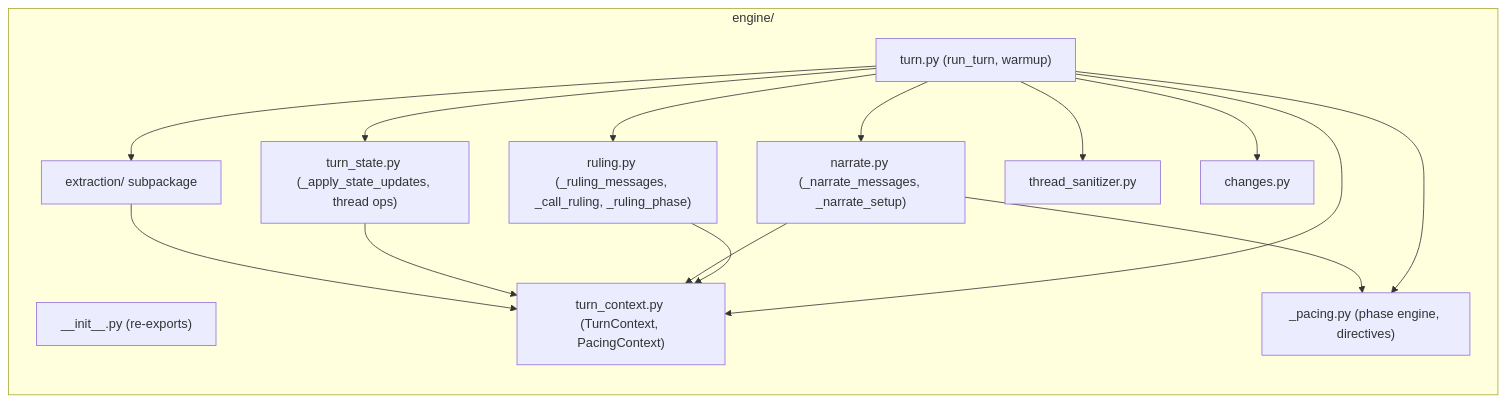
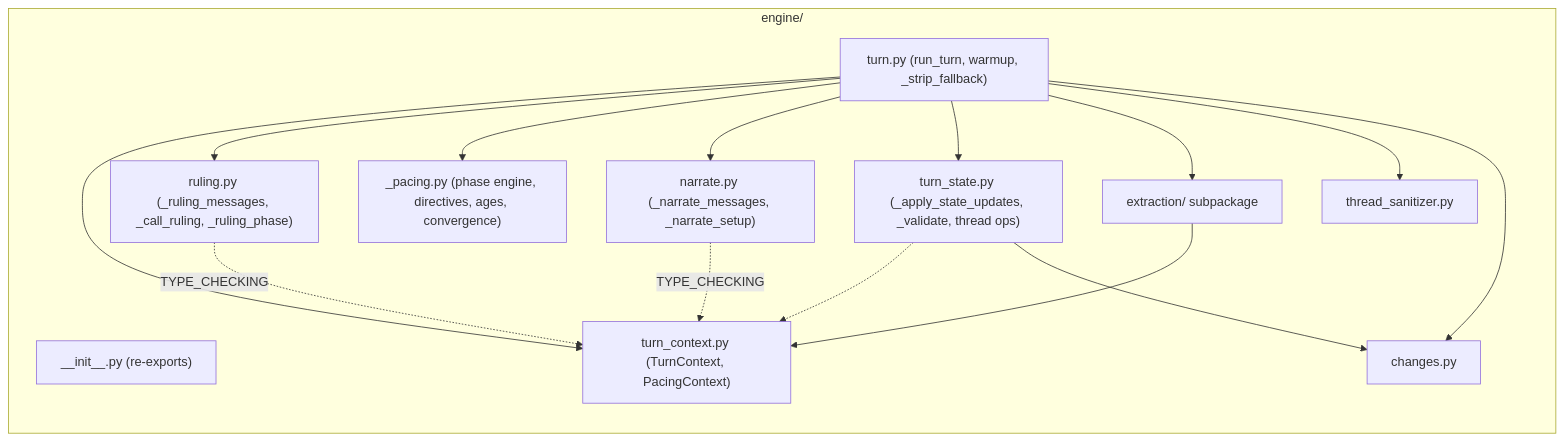
The diagram in docs/design/engine-file-splitting-design.md (pww217/fablethread), drawn with Mermaid before and after one commit. The commit also changed other lines of this file and 7 other files, not shown here.

First line of the commit message:
semantic-thread-types: finalize docs + convergence Option B + plan cleanup

````diff
--- a/docs/design/engine-file-splitting-design.md
+++ b/docs/design/engine-file-splitting-design.md
@@ -221,31 +274,31 @@
 ```mermaid
 flowchart TD
     subgraph engine/
         direction TB
         init["__init__.py (re-exports)"]
-        turn["turn.py (run_turn, warmup)"]
+        turn["turn.py (run_turn, warmup, _strip_fallback)"]
         ctx["turn_context.py (TurnContext, PacingContext)"]
         ruling["ruling.py (_ruling_messages, _call_ruling, _ruling_phase)"]
-        pacing["_pacing.py (phase engine, directives)"]
+        pacing["_pacing.py (phase engine, directives, ages, convergence)"]
         narrate["narrate.py (_narrate_messages, _narrate_setup)"]
-        state_apply["turn_state.py (_apply_state_updates, thread ops)"]
+        state_apply["turn_state.py (_apply_state_updates, _validate, thread ops)"]
         extraction["extraction/ subpackage"]
         sanitizer["thread_sanitizer.py"]
         changes["changes.py"]
     end
 
     turn --> ctx
     turn --> ruling
     turn --> pacing
     turn --> narrate
     turn --> state_apply
     turn --> extraction
     turn --> sanitizer
     turn --> changes
 
-    ruling --> ctx
-    narrate --> ctx
-    narrate --> pacing
-    state_apply --> ctx
+    ruling -.->|TYPE_CHECKING| ctx
+    narrate -.->|TYPE_CHECKING| ctx
+    state_apply -.-> ctx
     extraction --> ctx
+    state_apply --> changes
 ```
````
